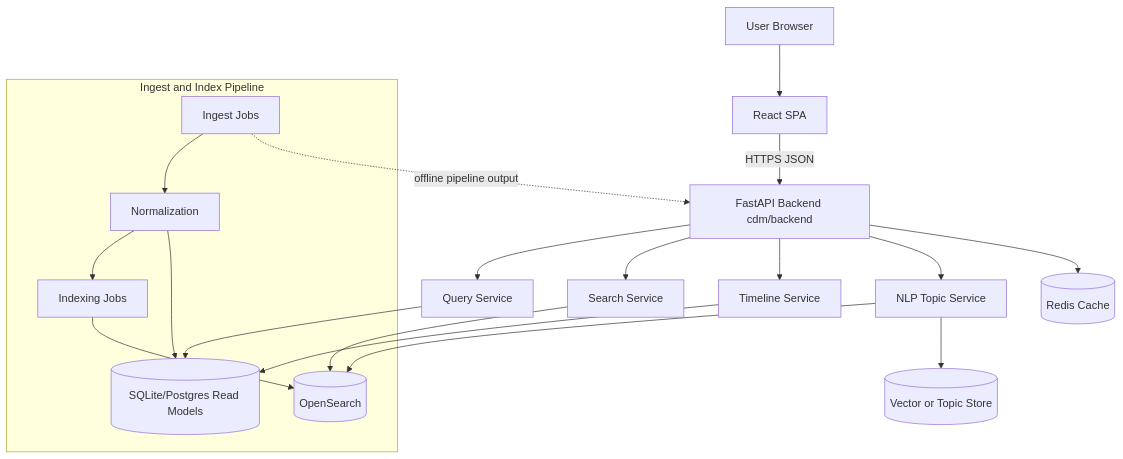
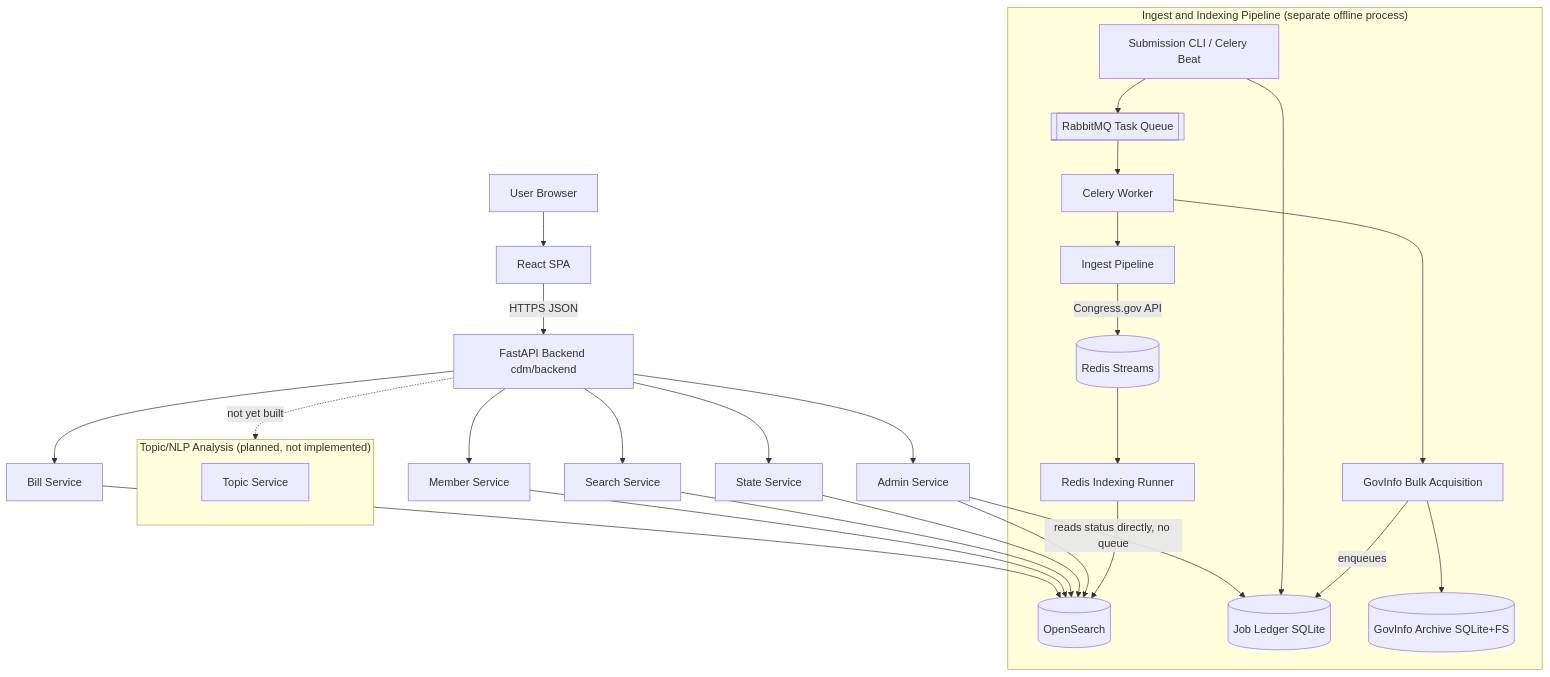
Before and after one commit to hbeychaner/usa-congress-monitor: the diagram in frontend/diagrams/system-architecture.mmd, drawn with Mermaid. The commit also changed 14 other files, not shown here.

First line of the commit message:
Holistic architecture review: cleanup dead code/deps/scripts, fix stale diagrams and docs

```diff
--- a/frontend/diagrams/system-architecture.mmd
+++ b/frontend/diagrams/system-architecture.mmd
@@ -1,25 +1,34 @@
 flowchart TB
     U[User Browser] --> FE[React SPA]
     FE -->|HTTPS JSON| API[FastAPI Backend cdm/backend]
 
-    API --> Q[Query Service]
+    API --> BS[Bill Service]
+    API --> MS[Member Service]
     API --> SS[Search Service]
-    API --> TS[Timeline Service]
-    API --> NLP[NLP Topic Service]
+    API --> ST[State Service]
+    API --> AS[Admin Service]
 
-    Q --> DB[(SQLite/Postgres Read Models)]
-    SS --> OS[(OpenSearch)]
-    TS --> DB
-    NLP --> OS
-    NLP --> V[(Vector or Topic Store)]
+    BS --> OS[(OpenSearch)]
+    MS --> OS
+    SS --> OS
+    ST --> OS
+    AS --> OS
+    AS -->|reads status directly, no queue| JOBS[(Job Ledger SQLite)]
 
-    API --> CACHE[(Redis Cache)]
+    subgraph NLP["Topic/NLP Analysis (planned, not implemented)"]
+      TOPICS[Topic Service]
+    end
+    API -. not yet built .-> NLP
 
-    subgraph Ingest and Index Pipeline
-      ING[Ingest Jobs] --> NORM[Normalization]
-      NORM --> IDX[Indexing Jobs]
+    subgraph Ingest["Ingest and Indexing Pipeline (separate offline process)"]
+      CLI[Submission CLI / Celery Beat] --> JOBS
+      CLI --> RABBIT[[RabbitMQ Task Queue]]
+      RABBIT --> WORKER[Celery Worker]
+      WORKER --> ING[Ingest Pipeline]
+      WORKER --> GOVINFO[GovInfo Bulk Acquisition]
+      ING -->|Congress.gov API| STREAMS[(Redis Streams)]
+      GOVINFO --> ARCHIVE[(GovInfo Archive SQLite+FS)]
+      STREAMS --> IDX[Redis Indexing Runner]
       IDX --> OS
-      NORM --> DB
+      GOVINFO -->|enqueues| JOBS
     end
-
-    ING -.offline pipeline output.-> API
```
